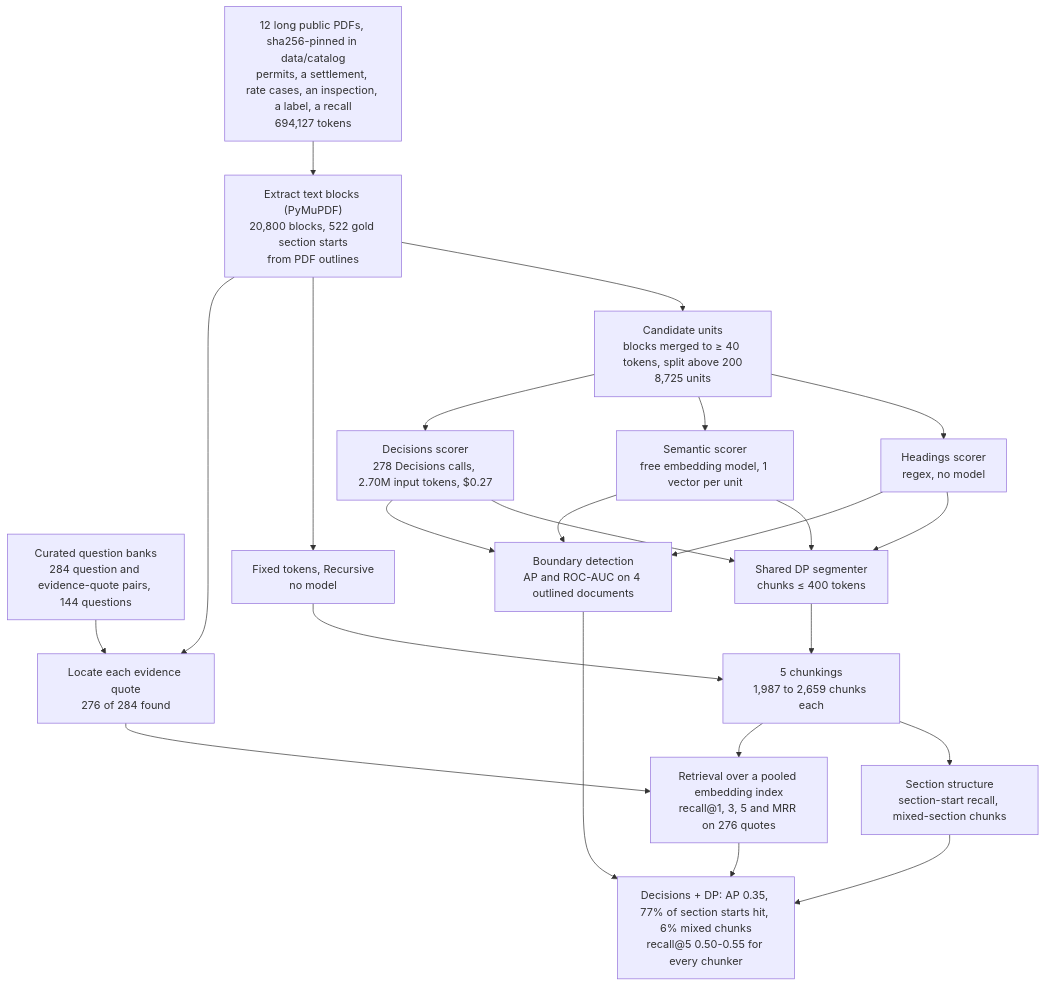
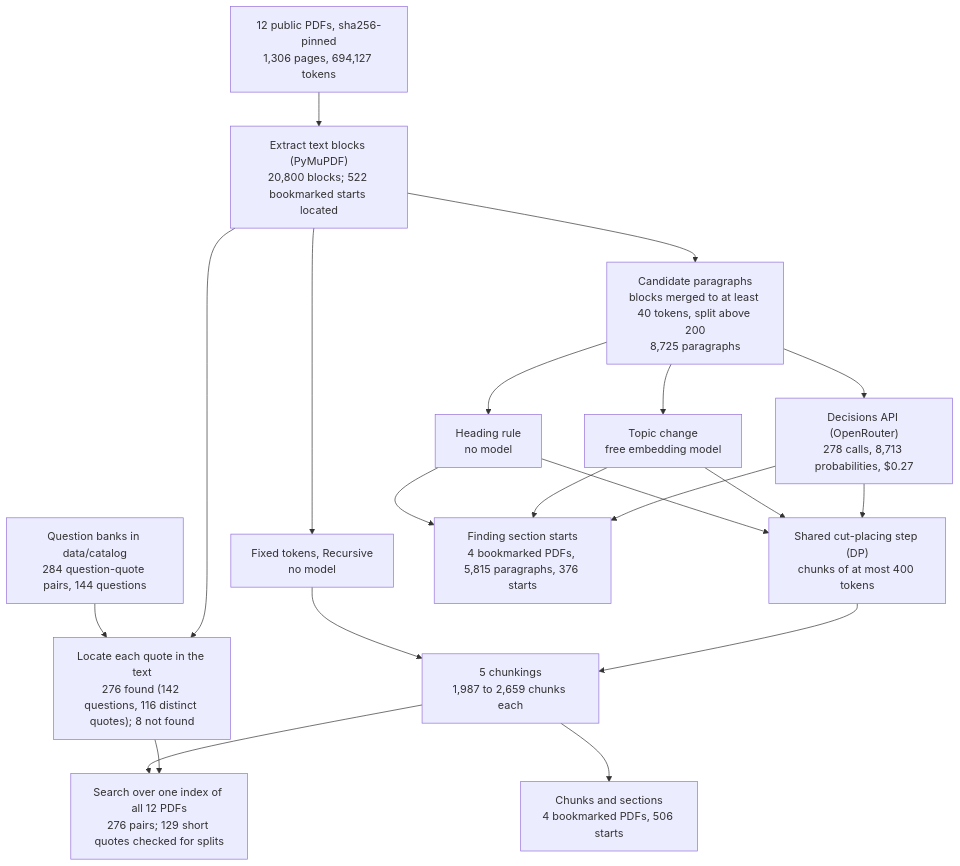
One commit to k-sandhu/experiment-notebooks changed the first of 2 diagrams in notebooks/04-industry-document-chunking/README.md. Above: the diagram before and after it, drawn with Mermaid. The commit also changed other lines of this file and 2 other files, not shown here.

````diff
--- a/notebooks/04-industry-document-chunking/README.md
+++ b/notebooks/04-industry-document-chunking/README.md
@@ -15,36 +105,22 @@
 ```mermaid
 flowchart TD
-    docs["12 long public PDFs, sha256-pinned in data/catalog<br/>permits, a settlement, rate cases, an inspection, a label, a recall<br/>694,127 tokens"]
-    qs["Curated question banks<br/>284 question and evidence-quote pairs, 144 questions"]
-    ext["Extract text blocks (PyMuPDF)<br/>20,800 blocks, 522 gold section starts<br/>from PDF outlines"]
-    loc["Locate each evidence quote<br/>276 of 284 found"]
-    units["Candidate units<br/>blocks merged to ≥ 40 tokens, split above 200<br/>8,725 units"]
-    base["Fixed tokens, Recursive<br/>no model"]
-    head["Headings scorer<br/>regex, no model"]
-    sem["Semantic scorer<br/>free embedding model, 1 vector per unit"]
-    dec["Decisions scorer<br/>278 Decisions calls, 2.70M input tokens, $0.27"]
-    dp["Shared DP segmenter<br/>chunks ≤ 400 tokens"]
-    chunks["5 chunkings<br/>1,987 to 2,659 chunks each"]
-    ev1["Boundary detection<br/>AP and ROC-AUC on 4 outlined documents"]
-    ev2["Section structure<br/>section-start recall, mixed-section chunks"]
-    ev3["Retrieval over a pooled embedding index<br/>recall@1, 3, 5 and MRR on 276 quotes"]
-    res["Decisions + DP: AP 0.35, 77% of section starts hit, 6% mixed chunks<br/>recall@5 0.50-0.55 for every chunker"]
-    docs --> ext
-    ext --> units
-    ext --> base --> chunks
-    qs --> loc
+    docs["12 public PDFs, sha256-pinned<br/>1,306 pages, 694,127 tokens"] --> ext["Extract text blocks (PyMuPDF)<br/>20,800 blocks; 522 bookmarked starts located"]
+    qs["Question banks in data/catalog<br/>284 question-quote pairs, 144 questions"] --> loc["Locate each quote in the text<br/>276 found (142 questions, 116 distinct quotes); 8 not found"]
     ext --> loc
-    units --> head --> dp
-    units --> sem --> dp
-    units --> dec --> dp
+    ext --> units["Candidate paragraphs<br/>blocks merged to at least 40 tokens, split above 200<br/>8,725 paragraphs"]
+    ext --> base["Fixed tokens, Recursive<br/>no model"]
+    units --> head["Heading rule<br/>no model"]
+    units --> sem["Topic change<br/>free embedding model"]
+    units --> dec["Decisions API (OpenRouter)<br/>278 calls, 8,713 probabilities, $0.27"]
+    head --> dp["Shared cut-placing step (DP)<br/>chunks of at most 400 tokens"]
+    sem --> dp
+    dec --> dp
+    base --> chunks["5 chunkings<br/>1,987 to 2,659 chunks each"]
     dp --> chunks
-    head --> ev1
+    head --> ev1["Finding section starts<br/>4 bookmarked PDFs, 5,815 paragraphs, 376 starts"]
     sem --> ev1
     dec --> ev1
-    chunks --> ev2
-    chunks --> ev3
+    chunks --> ev2["Chunks and sections<br/>4 bookmarked PDFs, 506 starts"]
+    chunks --> ev3["Search over one index of all 12 PDFs<br/>276 pairs; 129 short quotes checked for splits"]
     loc --> ev3
-    ev1 --> res
-    ev2 --> res
-    ev3 --> res
 ```
````
